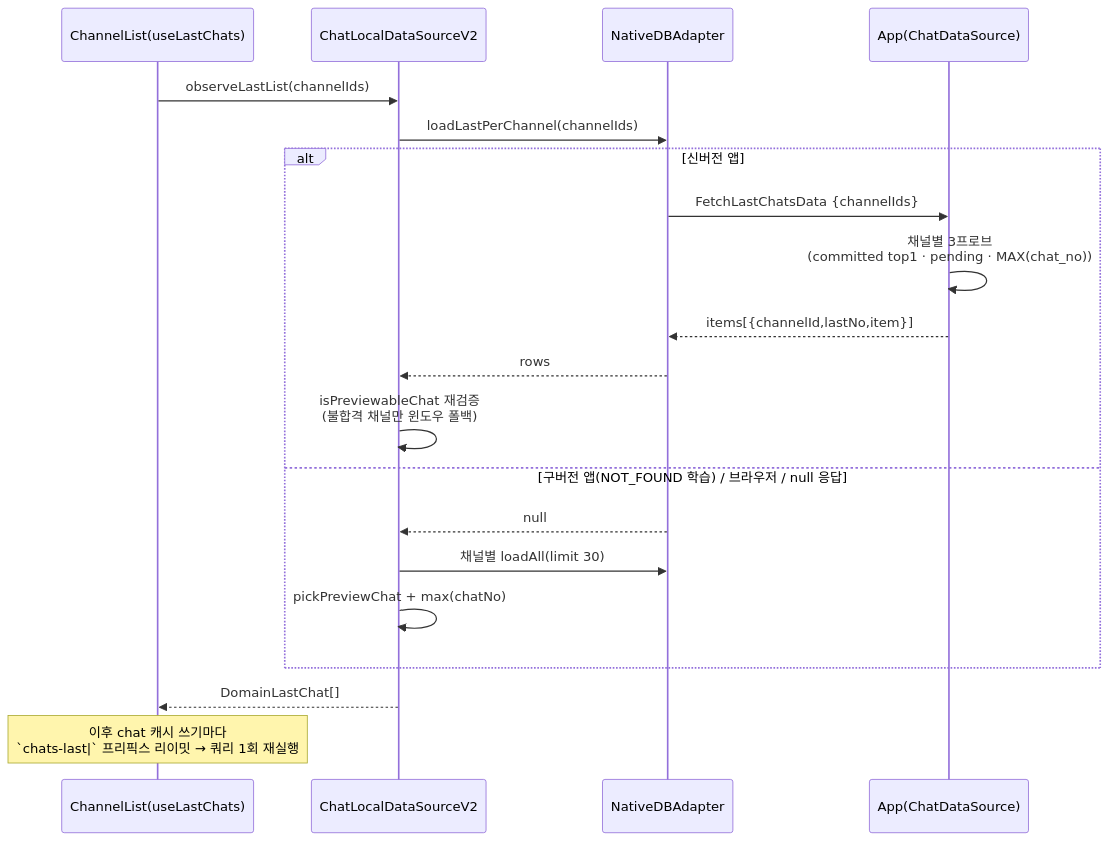
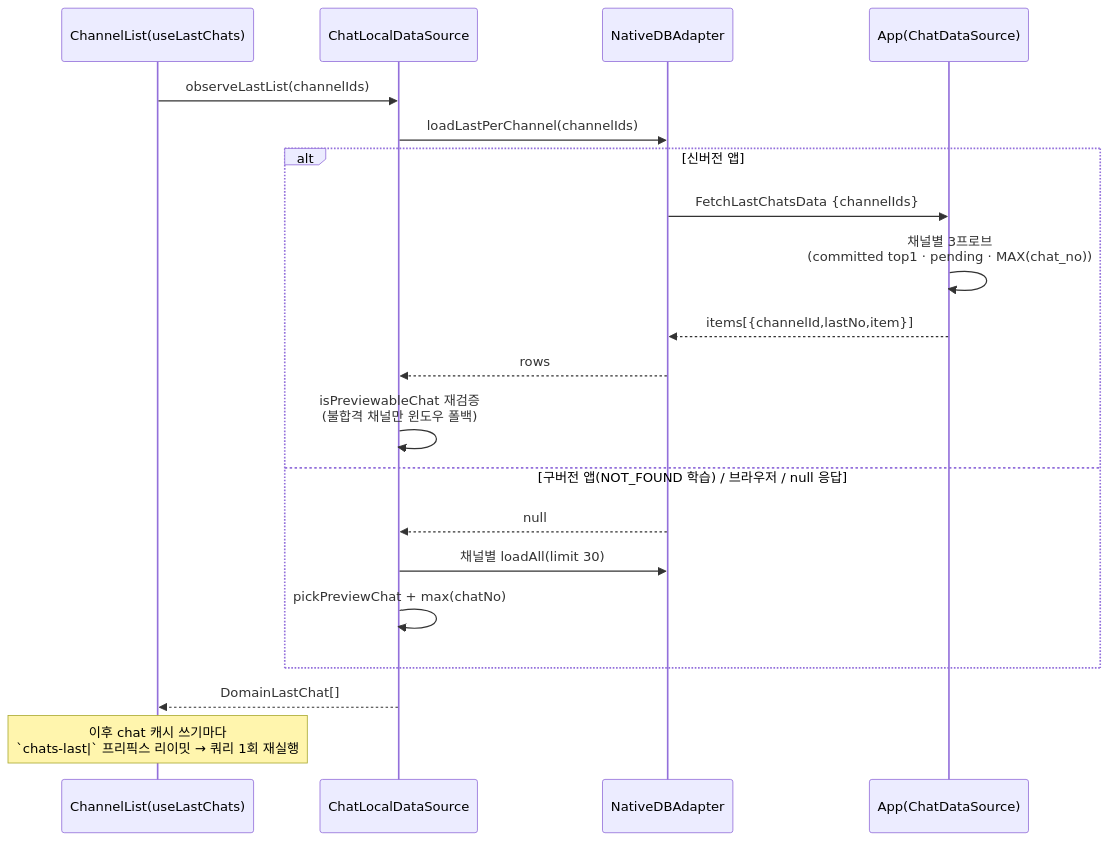
The diagram in docs/specs/cache/last-chat-preview.md (lemoncloud-io/dou-app), drawn with Mermaid before and after one commit. The commit also changed other lines of this file and 86 other files, not shown here.

````diff
--- a/docs/specs/cache/last-chat-preview.md
+++ b/docs/specs/cache/last-chat-preview.md
@@ -31,23 +31,23 @@
 ```mermaid
 sequenceDiagram
     participant CL as ChannelList(useLastChats)
-    participant DS as ChatLocalDataSourceV2
+    participant DS as ChatLocalDataSource
     participant AD as NativeDBAdapter
     participant APP as App(ChatDataSource)
 
     CL->>DS: observeLastList(channelIds)
     DS->>AD: loadLastPerChannel(channelIds)
     alt 신버전 앱
         AD->>APP: FetchLastChatsData {channelIds}
         APP->>APP: 채널별 3프로브<br/>(committed top1 · pending · MAX(chat_no))
         APP-->>AD: items[{channelId,lastNo,item}]
         AD-->>DS: rows
         DS->>DS: isPreviewableChat 재검증<br/>(불합격 채널만 윈도우 폴백)
     else 구버전 앱(NOT_FOUND 학습) / 브라우저 / null 응답
         AD-->>DS: null
         DS->>AD: 채널별 loadAll(limit 30)
         DS->>DS: pickPreviewChat + max(chatNo)
     end
     DS-->>CL: DomainLastChat[]
     Note over CL: 이후 chat 캐시 쓰기마다<br/>`chats-last|` 프리픽스 리이밋 → 쿼리 1회 재실행
 ```
````
